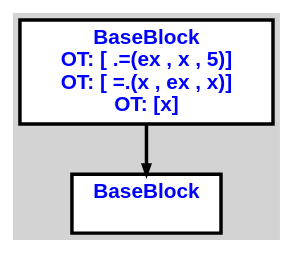
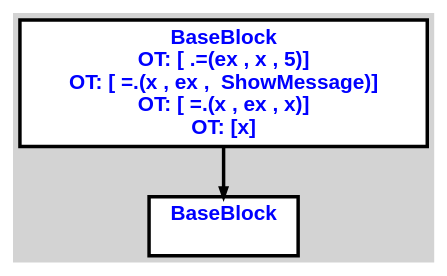
Before and after one commit to aveen007/CountingMonkeys: the diagram in cpoCompilerWin/input2.txt.fib.dot, drawn with Graphviz. The commit also changed 18 other files, not shown here.

```diff
--- a/cpoCompilerWin/input2.txt.fib.dot
+++ b/cpoCompilerWin/input2.txt.fib.dot
@@ -1,13 +1,14 @@
 digraph G {
 ordering=out;
 ranksep=.4;
 bgcolor="lightgrey";  node [shape=box, fixedsize=false, fontsize=12, fontname="Helvetica-bold", fontcolor="blue"
 width=.25, height=.25, color="black", fillcolor="white", style="filled, solid, bold"];
 
-edge [arrowsize=.5, color="black", style="bold"]    n000011E17F423620 [label="BaseBlock\n OT: [ .=(ex , x , 5)]
+edge [arrowsize=.5, color="black", style="bold"]    n00001287F19A3B00 [label="BaseBlock\n OT: [ .=(ex , x , 5)]
+OT: [ =.(x , ex ,  ShowMessage)]
 OT: [ =.(x , ex , x)]
 OT: [x]
 "]
-    n000011E17F423920 [label="BaseBlock\n "]
-    n000011E17F423620 -> n000011E17F423920
+    n00001287F19A3E60 [label="BaseBlock\n "]
+    n00001287F19A3B00 -> n00001287F19A3E60
 }
```
